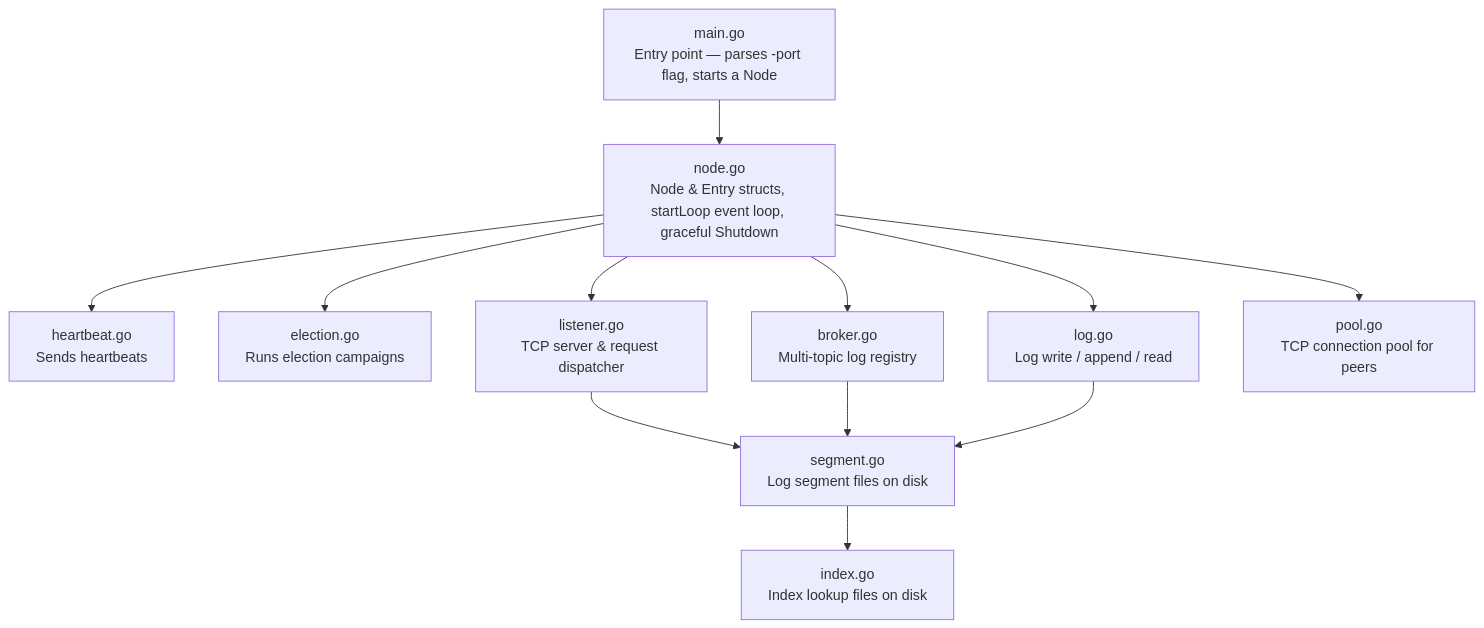
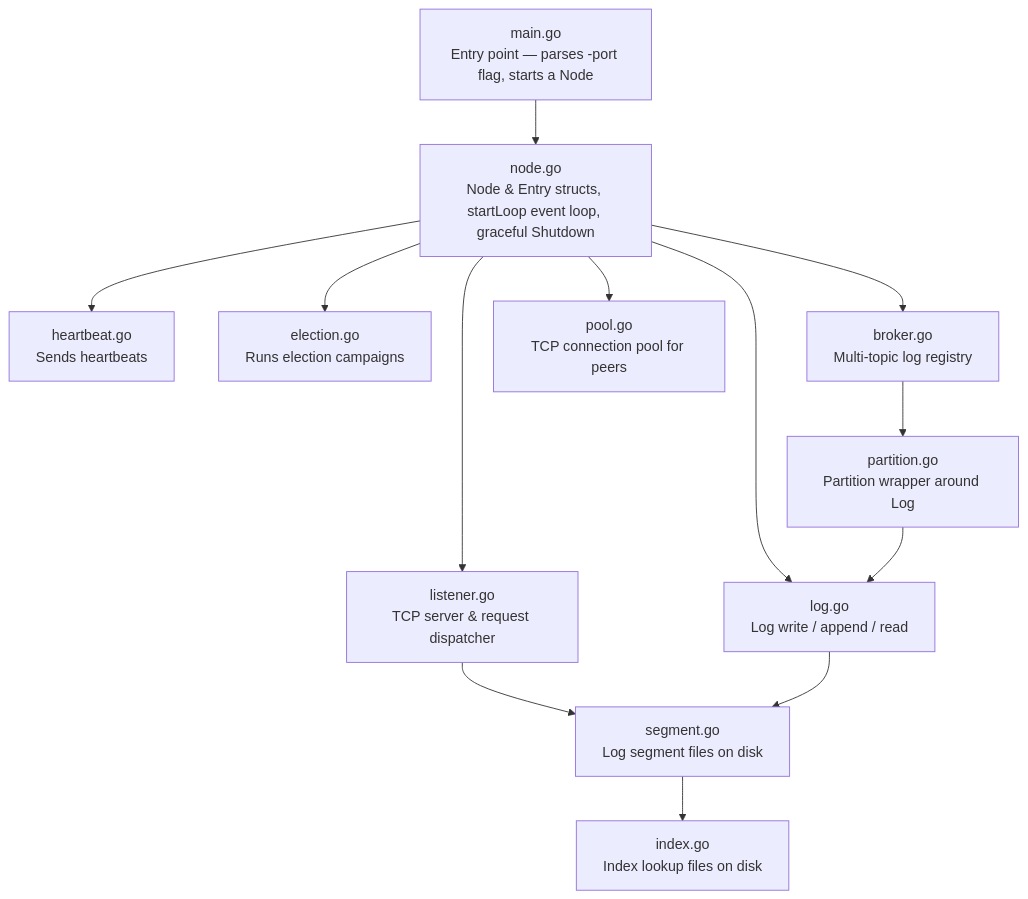
Before and after one commit to adnanmaja/borges: the first of 2 diagrams in README.md, drawn with Mermaid. The commit also changed other lines of this file and 6 other files, not shown here.

````diff
--- a/README.md
+++ b/README.md
@@ -53,14 +53,15 @@
 ```mermaid
 flowchart TD
     A[main.go<br/>Entry point — parses -port flag, starts a Node] --> B[node.go<br/>Node & Entry structs, startLoop event loop, graceful Shutdown]
     B --> C[heartbeat.go<br/>Sends heartbeats]
     B --> D[election.go<br/>Runs election campaigns]
     B --> E[listener.go<br/>TCP server & request dispatcher]
     B --> F[broker.go<br/>Multi-topic log registry]
     B --> G[log.go<br/>Log write / append / read]
     B --> H[pool.go<br/>TCP connection pool for peers]
     E --> I[segment.go<br/>Log segment files on disk]
-    F --> I
+    F --> K[partition.go<br/>Partition wrapper around Log]
+    K --> G
     G --> I
     I --> J[index.go<br/>Index lookup files on disk]
 ```
````
